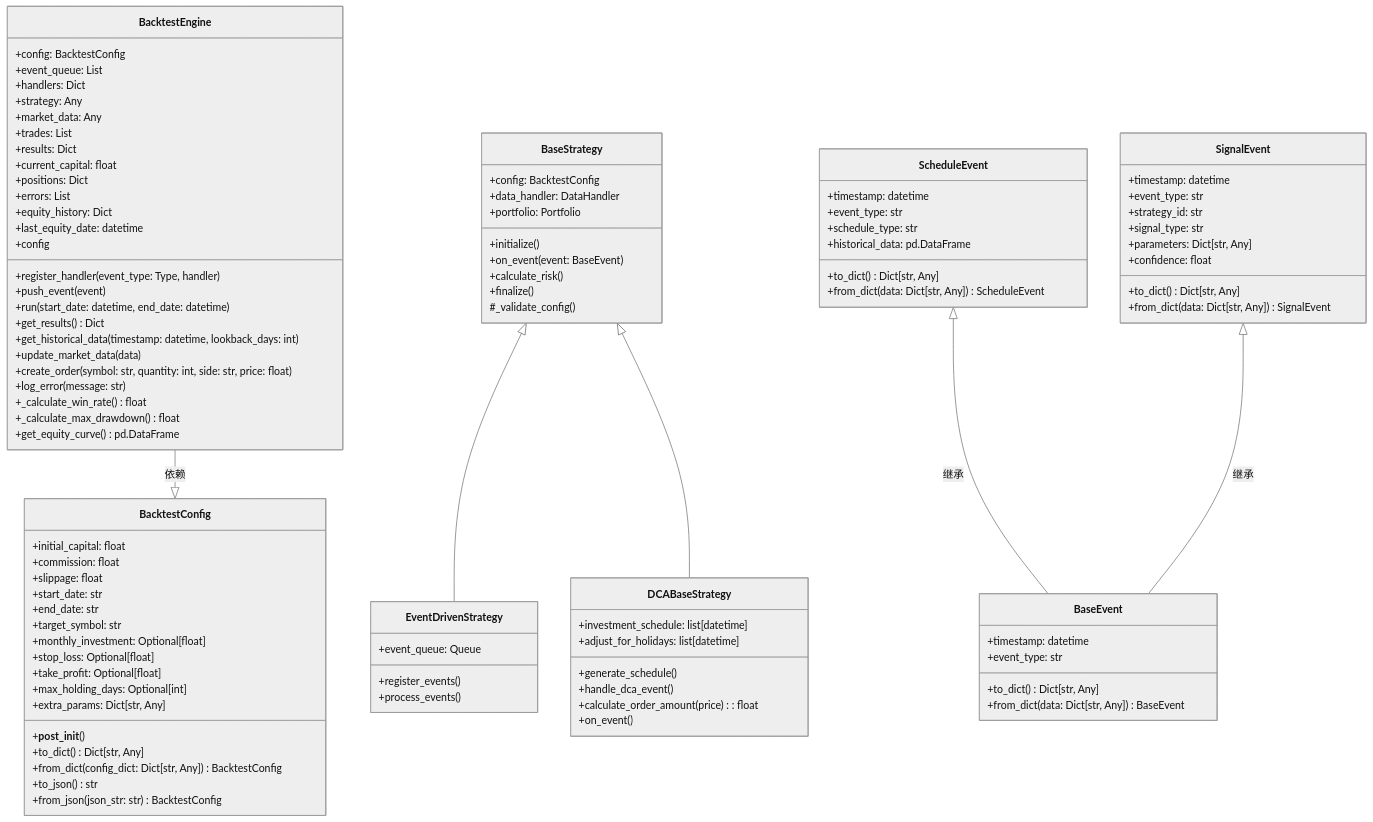
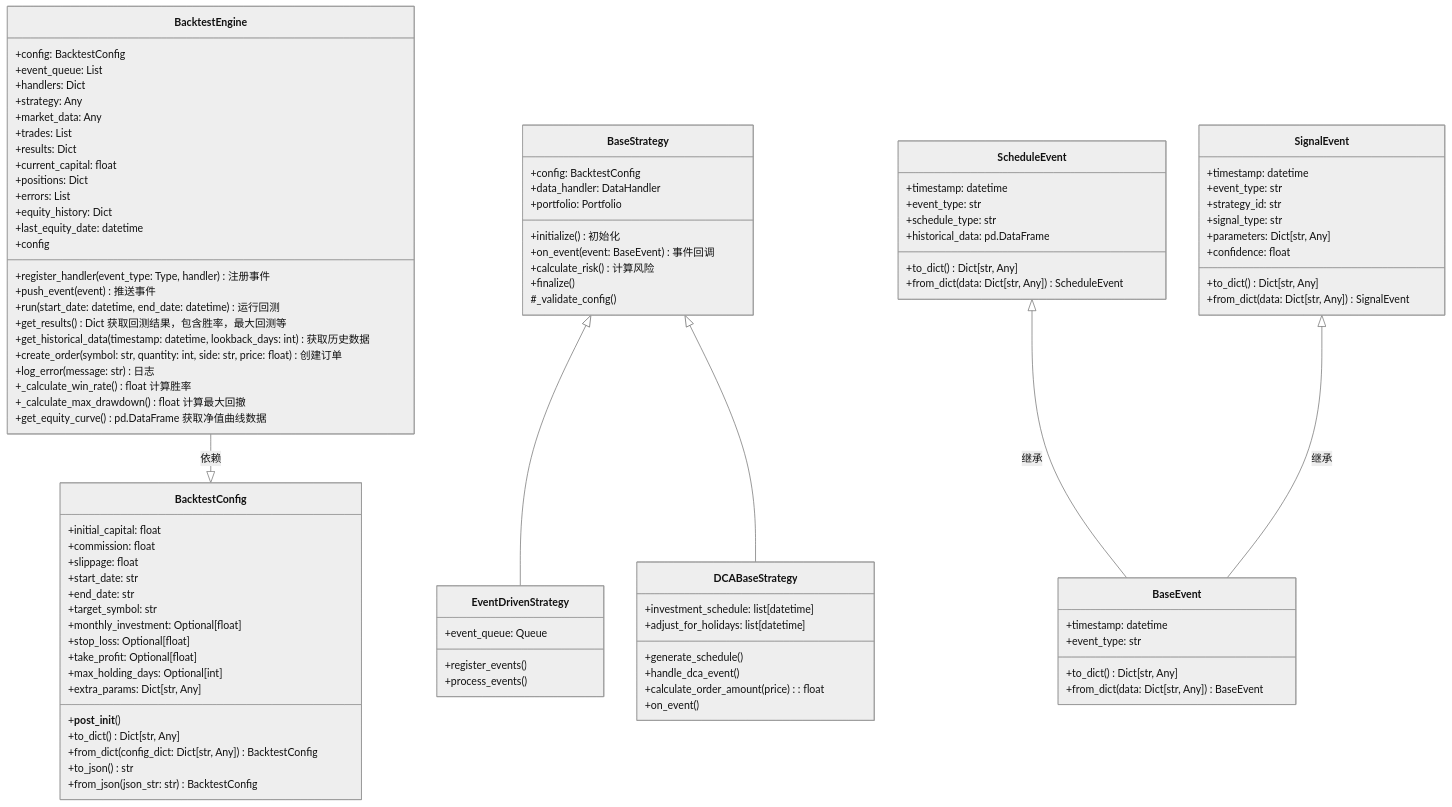
Before and after one commit to FAKE0704/awesome-Qsys: the first of 3 diagrams in docs/ClassDiagram.md, drawn with Mermaid (neutral theme). The commit also changed other lines of this file and 23 other files, not shown here.

```diff
--- a/docs/ClassDiagram.md
+++ b/docs/ClassDiagram.md
@@ -31,26 +32,25 @@
         +errors: List
         +equity_history: Dict
         +last_equity_date: datetime
-        +register_handler(event_type: Type, handler)
-        +push_event(event)
-        +run(start_date: datetime, end_date: datetime)
-        +get_results() Dict
-        +get_historical_data(timestamp: datetime, lookback_days: int)
-        +update_market_data(data)
-        +create_order(symbol: str, quantity: int, side: str, price: float)
-        +log_error(message: str)
-        +_calculate_win_rate() float
-        +_calculate_max_drawdown() float
-        +get_equity_curve() pd.DataFrame
+        +register_handler(event_type: Type, handler) 注册事件
+        +push_event(event) 推送事件
+        +run(start_date: datetime, end_date: datetime) 运行回测
+        +get_results() Dict 获取回测结果，包含胜率，最大回测等
+        +get_historical_data(timestamp: datetime, lookback_days: int) 获取历史数据
+        +create_order(symbol: str, quantity: int, side: str, price: float) 创建订单
+        +log_error(message: str) 日志
+        +_calculate_win_rate() float 计算胜率
+        +_calculate_max_drawdown() float 计算最大回撤
+        +get_equity_curve() pd.DataFrame 获取净值曲线数据
     }
     class BaseStrategy {
         +config: BacktestConfig
         +data_handler: DataHandler
         +portfolio: Portfolio
-        +initialize()
-        +on_event(event: BaseEvent)
-        +calculate_risk()
-        +finalize()
+        +initialize() 初始化
+        +on_event(event: BaseEvent) 事件回调
+        +calculate_risk() 计算风险
+        +finalize() 
         #_validate_config()
     }
     
```
